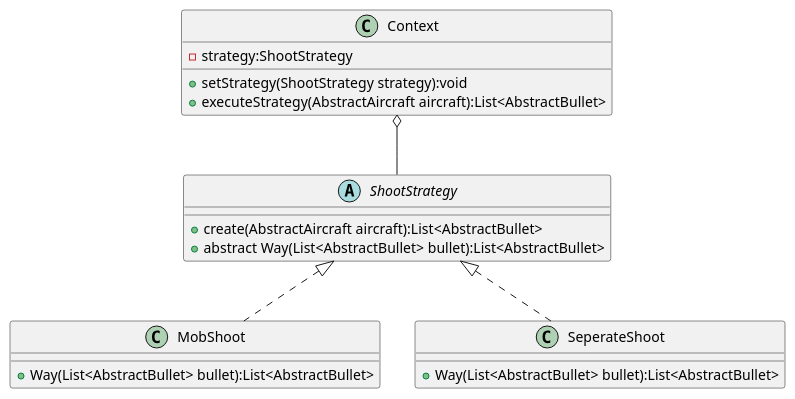
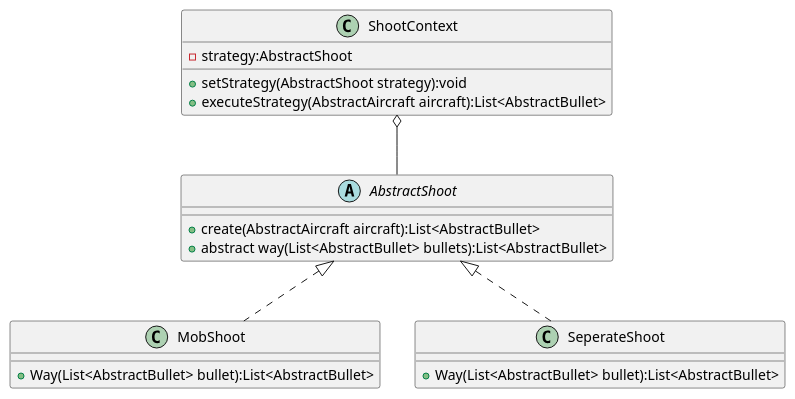
The diagram in uml/Strategy.puml (TheRoad-1210/AircraftWar), drawn with PlantUML before and after one commit. The commit also changed 12 other files, not shown here.

```diff
--- a/uml/Strategy.puml
+++ b/uml/Strategy.puml
@@ -1,31 +1,31 @@
 @startuml
 'https://plantuml.com/class-diagram
 
-Context o-- ShootStrategy
-ShootStrategy <|..  MobShoot
-ShootStrategy <|..  SeperateShoot
+ShootContext o-- AbstractShoot
+AbstractShoot <|..  MobShoot
+AbstractShoot <|..  SeperateShoot
 
-class Context
+class ShootContext
 {
-    - strategy:ShootStrategy
-    + setStrategy(ShootStrategy strategy):void
+    - strategy:AbstractShoot
+    + setStrategy(AbstractShoot strategy):void
     + executeStrategy(AbstractAircraft aircraft):List<AbstractBullet>
 }
 
-abstract class ShootStrategy
+abstract class AbstractShoot
 {
     + create(AbstractAircraft aircraft):List<AbstractBullet>
-    + abstract Way(List<AbstractBullet> bullet):List<AbstractBullet>
+    + abstract way(List<AbstractBullet> bullets):List<AbstractBullet>
 
 }
 
 class MobShoot
 {
     +Way(List<AbstractBullet> bullet):List<AbstractBullet>
 }
 
 class SeperateShoot
 {
     +Way(List<AbstractBullet> bullet):List<AbstractBullet>
 }
 @enduml
```
